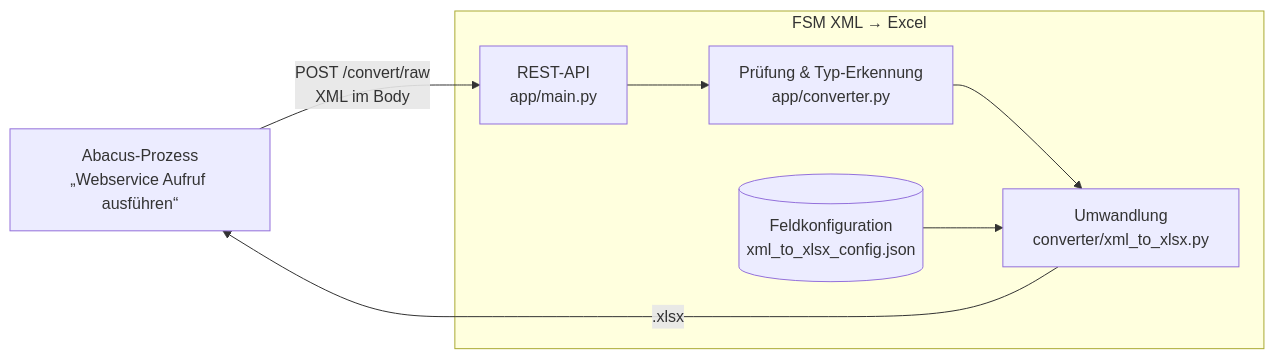
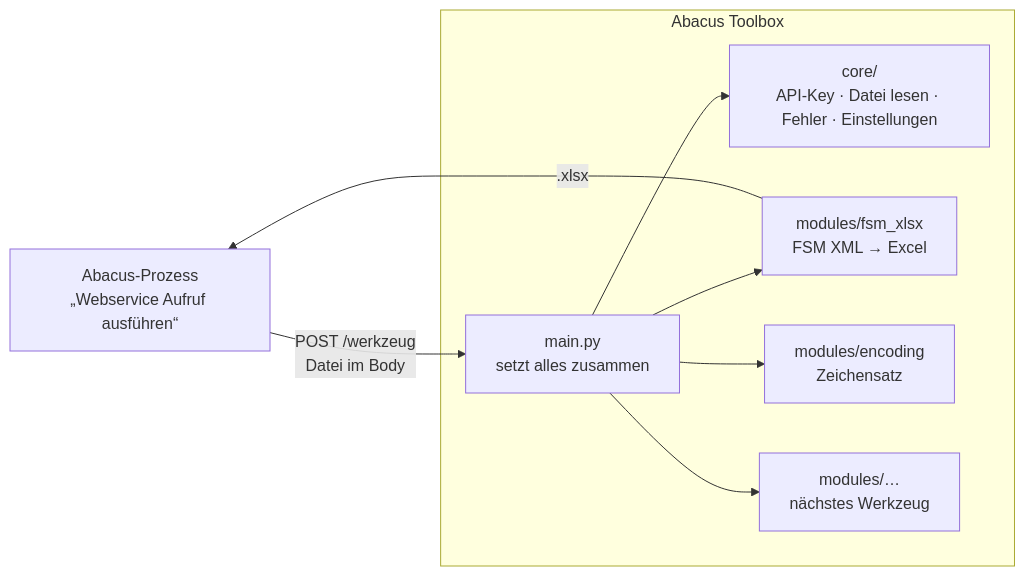
One commit to doodelidodo/abacus-toolbox changed the diagram in README.md. Above: the diagram before and after it, drawn with Mermaid. The commit also changed other lines of this file and 28 other files, not shown here.

Commit message:
Abacus Toolbox 2.0: Modulstruktur, Werkzeug Zeichensatz, Doku

````diff
--- a/README.md
+++ b/README.md
@@ -39,10 +43,11 @@
 ```mermaid
 flowchart LR
-    A[Abacus-Prozess<br/>„Webservice Aufruf ausführen“] -- "POST /convert/raw<br/>XML im Body" --> B
-    subgraph S[FSM XML → Excel]
-        B[REST-API<br/>app/main.py] --> C[Prüfung & Typ-Erkennung<br/>app/converter.py]
-        C --> D[Umwandlung<br/>converter/xml_to_xlsx.py]
-        E[(Feldkonfiguration<br/>xml_to_xlsx_config.json)] --> D
+    A[Abacus-Prozess<br/>„Webservice Aufruf ausführen“] -- "POST /werkzeug<br/>Datei im Body" --> M
+    subgraph T[Abacus Toolbox]
+        M[main.py<br/>setzt alles zusammen] --> K[core/<br/>API-Key · Datei lesen · Fehler · Einstellungen]
+        M --> F[modules/fsm_xlsx<br/>FSM XML → Excel]
+        M --> E[modules/encoding<br/>Zeichensatz]
+        M --> N[modules/…<br/>nächstes Werkzeug]
     end
-    D -- ".xlsx" --> A
+    F -- ".xlsx" --> A
 ```
````
